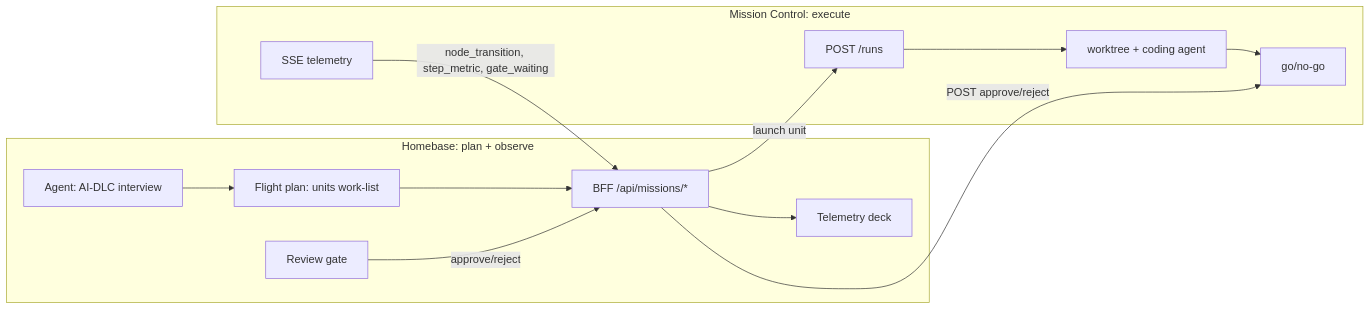
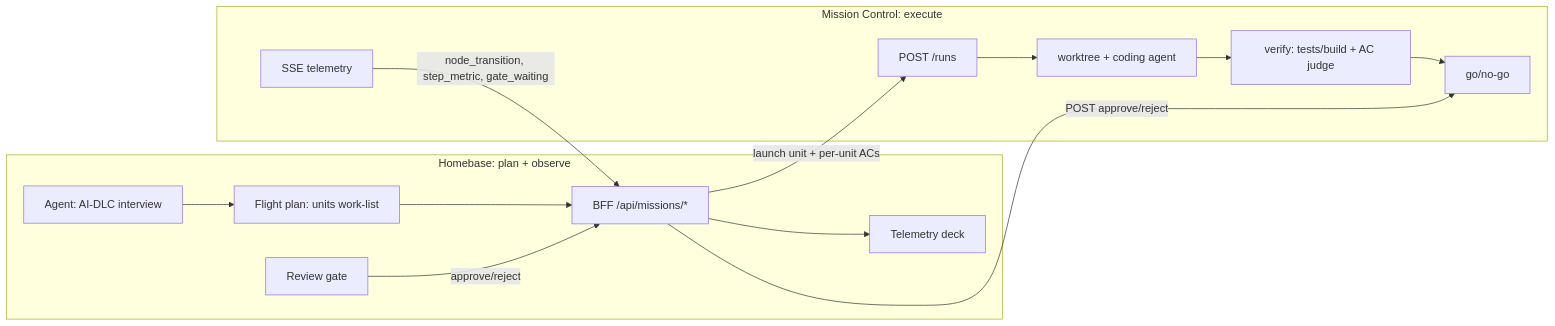
The diagram in docs/mission-control-seam.md (ryfranklin/Homebase), drawn with Mermaid before and after one commit. The commit also changed other lines of this file and 6 other files, not shown here.

First line of the commit message:
docs: refresh READMEs + architecture diagrams for Slack door, Guardrail, verify node

````diff
--- a/docs/mission-control-seam.md
+++ b/docs/mission-control-seam.md
@@ -11,20 +12,21 @@
 ```mermaid
 flowchart LR
   subgraph Homebase [Homebase: plan + observe]
     agent[Agent: AI-DLC interview]
     plan[Flight plan: units work-list]
     gate[Review gate]
     deck[Telemetry deck]
     bff[BFF /api/missions/*]
   end
   subgraph MC [Mission Control: execute]
     runs[POST /runs]
     engine[worktree + coding agent]
+    verify[verify: tests/build + AC judge]
     mcgate[go/no-go]
     sse[SSE telemetry]
   end
   agent --> plan --> bff
-  bff -- launch unit --> runs --> engine --> mcgate
+  bff -- launch unit + per-unit ACs --> runs --> engine --> verify --> mcgate
   sse -- node_transition, step_metric, gate_waiting --> bff --> deck
   gate -- approve/reject --> bff -- POST approve/reject --> mcgate
 ```
````
